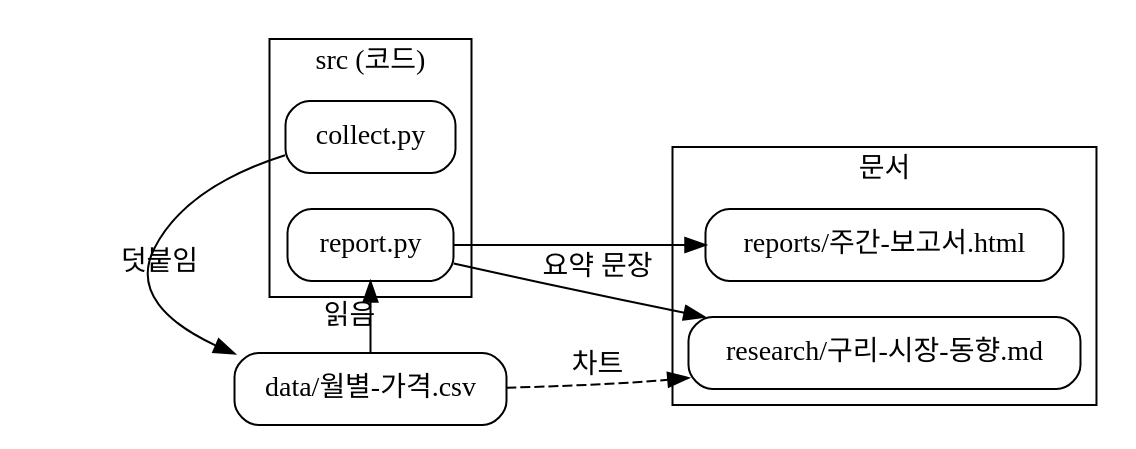
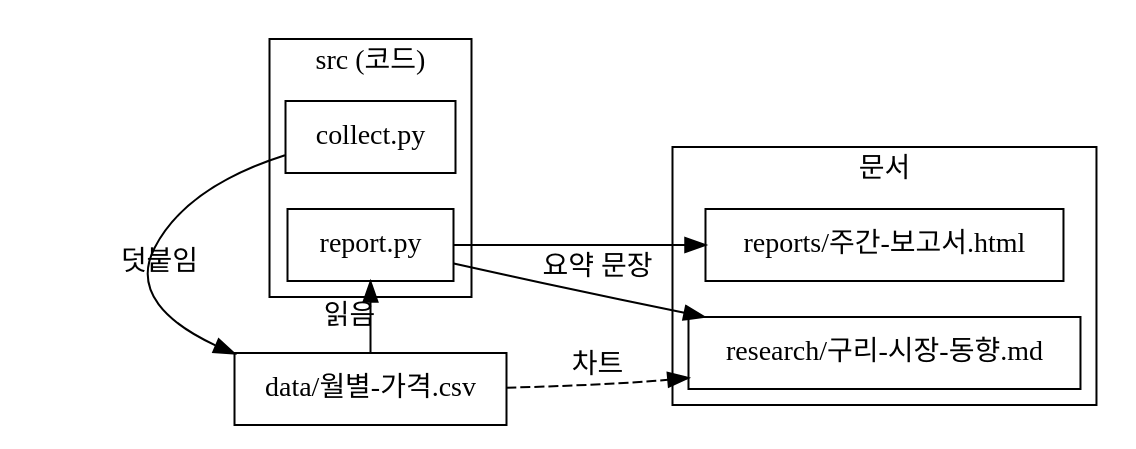
The first of 2 diagrams in samples/guide/07-차트.md (samiblog/lectern), drawn with Graphviz before and after one commit. The commit also changed other lines of this file and 34 other files, not shown here.

````diff
--- a/samples/guide/07-차트.md
+++ b/samples/guide/07-차트.md
@@ -226,19 +227,19 @@
 ```dot
 digraph 리서치_자동화 {
   rankdir=LR;
-  node [shape=box, style=rounded];
+  node [shape=box];
   subgraph cluster_src {
     label="src (코드)";
     "collect.py"; "report.py";
   }
   subgraph cluster_docs {
     label="문서";
     "research/구리-시장-동향.md"; "reports/주간-보고서.html";
   }
   "collect.py" -> "data/월별-가격.csv" [label="덧붙임"];
   "data/월별-가격.csv" -> "report.py" [label="읽음"];
   "report.py" -> "research/구리-시장-동향.md" [label="요약 문장"];
   "report.py" -> "reports/주간-보고서.html";
   "data/월별-가격.csv" -> "research/구리-시장-동향.md" [label="차트", style=dashed];
 }
 ```
````
